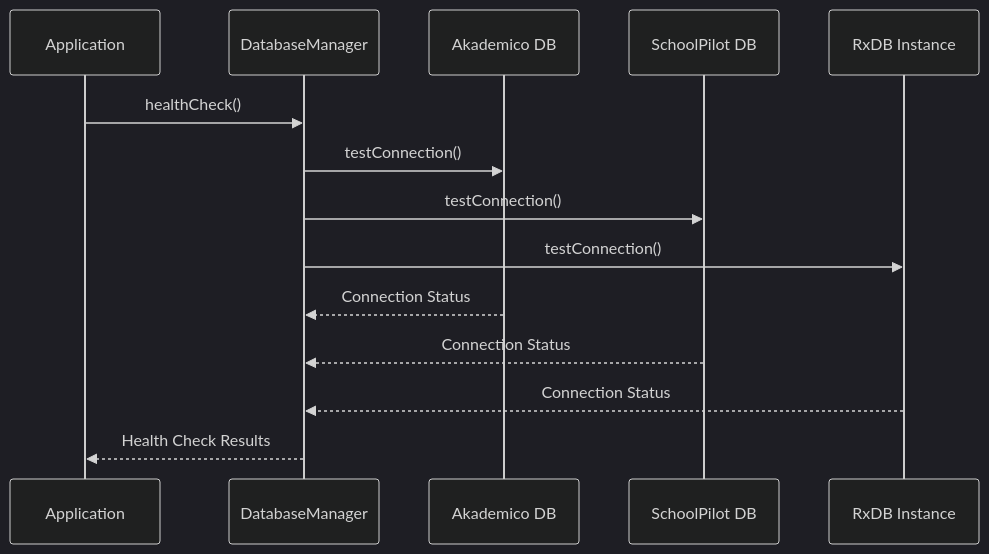
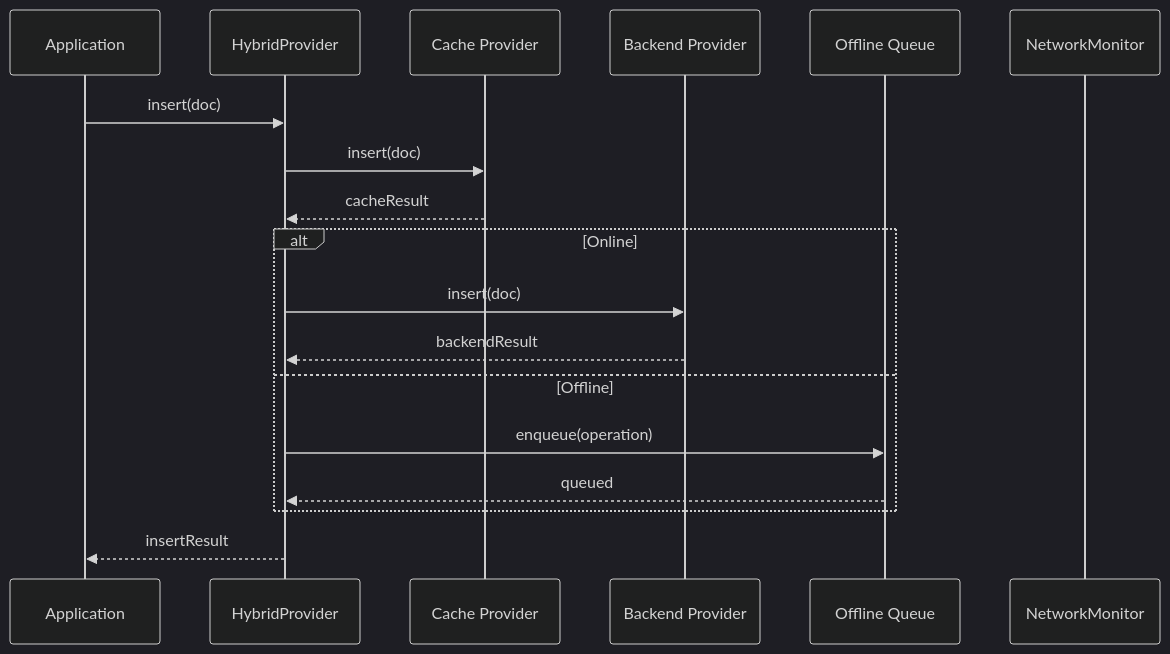
Diagram 11 of 12 in .qoder/repowiki/en/content/Architecture Overview/Data Management Architecture/Database Provider Architecture/Database Provider Architecture.md (geniusdynamics/schoolpilot), drawn with Mermaid (dark theme) before and after one commit. The commit also changed other lines of this file and 8 other files, not shown here.

````diff
--- a/.qoder/repowiki/en/content/Architecture Overview/Data Management Architecture/Database Provider Architecture/Database Provider Architecture.md
+++ b/.qoder/repowiki/en/content/Architecture Overview/Data Management Architecture/Database Provider Architecture/Database Provider Architecture.md
@@ -703,16 +1042,20 @@
 ```mermaid
 sequenceDiagram
 participant App as Application
-participant DBManager as DatabaseManager
-participant Akademico as Akademico DB
-participant SchoolPilot as SchoolPilot DB
-participant RxDB as RxDB Instance
-App->>DBManager : healthCheck()
-DBManager->>Akademico : testConnection()
-DBManager->>SchoolPilot : testConnection()
-DBManager->>RxDB : testConnection()
-Akademico-->>DBManager : Connection Status
-SchoolPilot-->>DBManager : Connection Status
-RxDB-->>DBManager : Connection Status
-DBManager-->>App : Health Check Results
+participant Hybrid as HybridProvider
+participant Cache as Cache Provider
+participant Backend as Backend Provider
+participant Queue as Offline Queue
+participant Network as NetworkMonitor
+App->>Hybrid : insert(doc)
+Hybrid->>Cache : insert(doc)
+Cache-->>Hybrid : cacheResult
+alt Online
+Hybrid->>Backend : insert(doc)
+Backend-->>Hybrid : backendResult
+else Offline
+Hybrid->>Queue : enqueue(operation)
+Queue-->>Hybrid : queued
+end
+Hybrid-->>App : insertResult
 ```
````
